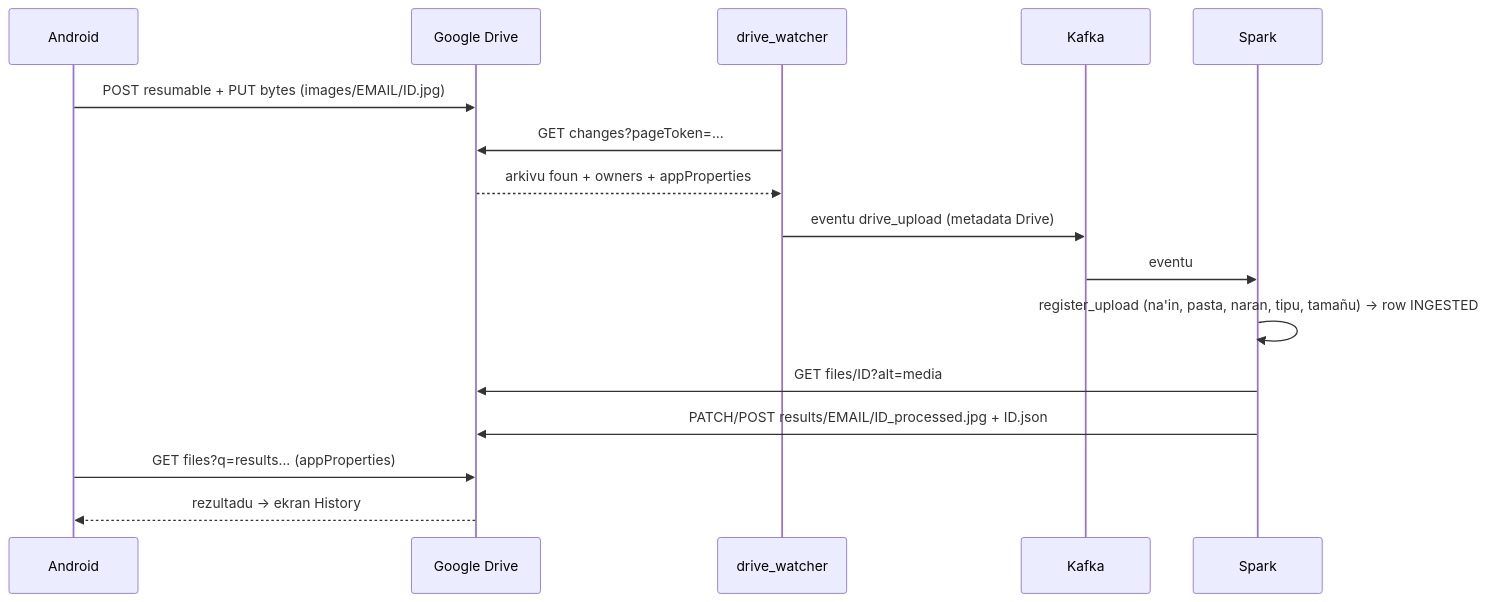
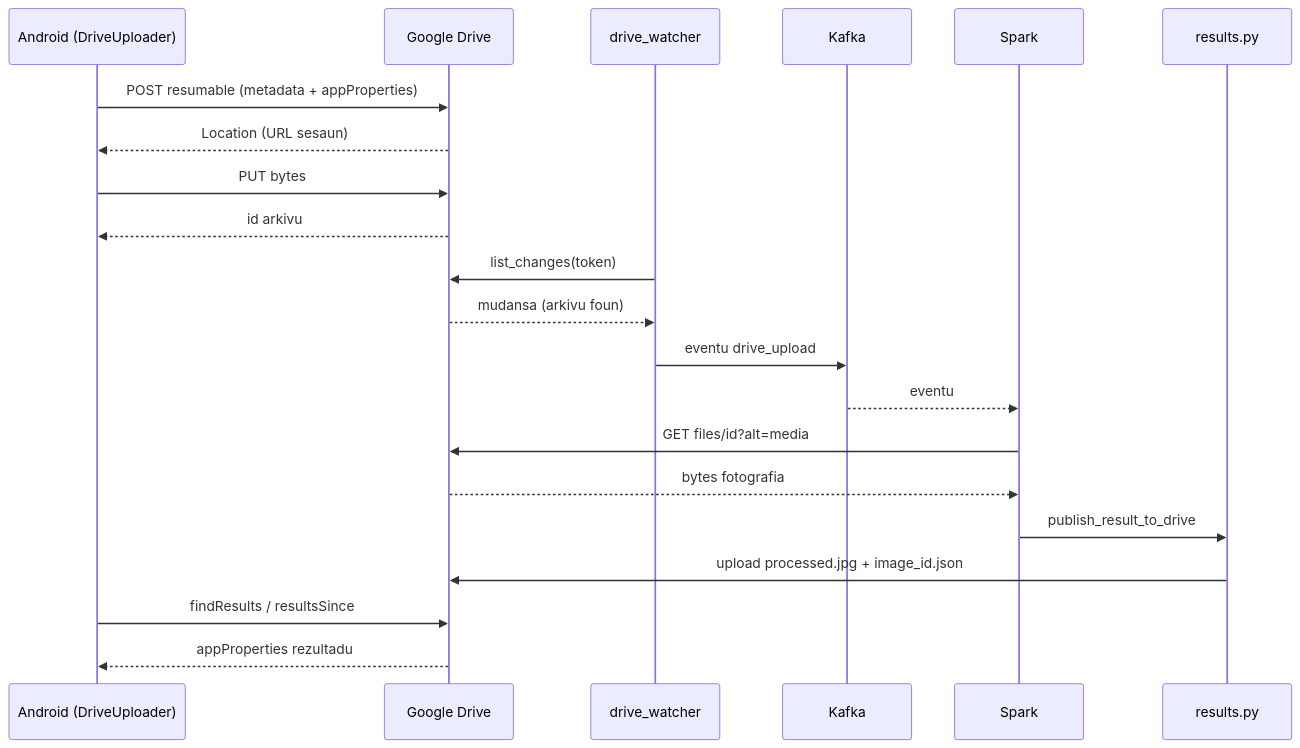
The second of 3 diagrams in documentation/technical_modules/src/03_google_drive_module.md (AOD-collab/-crop-disease-ews), drawn with Mermaid before and after one commit. The commit also changed other lines of this file and 41 other files, not shown here.

````diff
--- a/documentation/technical_modules/src/03_google_drive_module.md
+++ b/documentation/technical_modules/src/03_google_drive_module.md
@@ -638,18 +160,23 @@
 ```mermaid
 sequenceDiagram
-    participant APP as Android
-    participant GD as Google Drive
+    participant P as Android (DriveUploader)
+    participant G as Google Drive
     participant W as drive_watcher
     participant K as Kafka
     participant S as Spark
-    APP->>GD: POST resumable + PUT bytes (images/EMAIL/ID.jpg)
-    W->>GD: GET changes?pageToken=...
-    GD-->>W: arkivu foun + owners + appProperties
-    W->>K: eventu drive_upload (metadata Drive)
-    K->>S: eventu
-    S->>S: register_upload (na'in, pasta, naran, tipu, tamañu) → row INGESTED
-    S->>GD: GET files/ID?alt=media
-    S->>GD: PATCH/POST results/EMAIL/ID_processed.jpg + ID.json
-    APP->>GD: GET files?q=results... (appProperties)
-    GD-->>APP: rezultadu → ekran History
+    participant R as results.py
+    P->>G: POST resumable (metadata + appProperties)
+    G-->>P: Location (URL sesaun)
+    P->>G: PUT bytes
+    G-->>P: id arkivu
+    W->>G: list_changes(token)
+    G-->>W: mudansa (arkivu foun)
+    W->>K: eventu drive_upload
+    K-->>S: eventu
+    S->>G: GET files/id?alt=media
+    G-->>S: bytes fotografia
+    S->>R: publish_result_to_drive
+    R->>G: upload processed.jpg + image_id.json
+    P->>G: findResults / resultsSince
+    G-->>P: appProperties rezultadu
 ```
````
